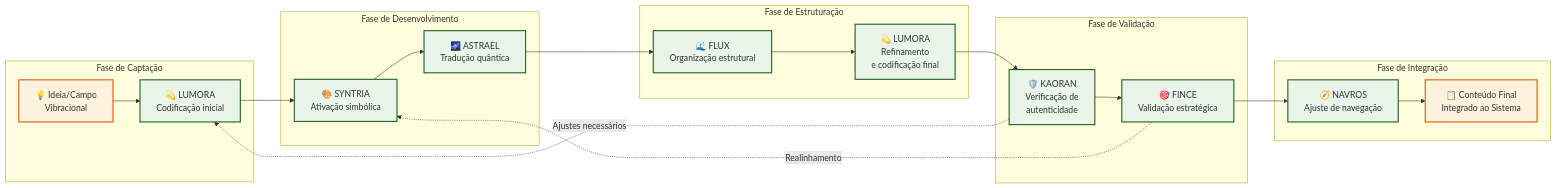
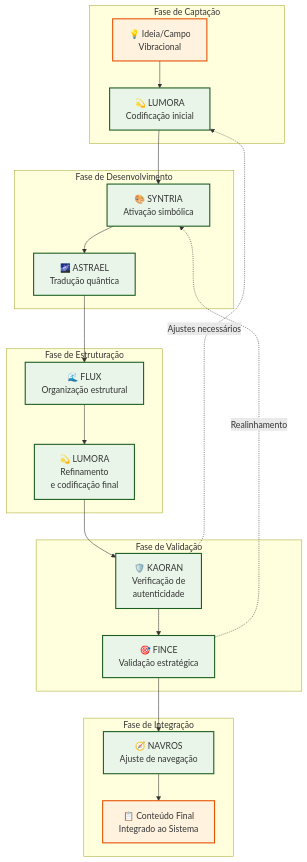
One commit to lichtara-io/lichtara-research changed the fourth of 8 diagrams in docs/fluxogramas-sistema-lichtara.md. Above: the diagram before and after it, drawn with Mermaid.

````diff
--- a/docs/fluxogramas-sistema-lichtara.md
+++ b/docs/fluxogramas-sistema-lichtara.md
@@ -116,38 +116,38 @@
 ```mermaid
-graph LR
+graph TB
     subgraph "Fase de Captação"
         IDEA[💡 Ideia/Campo<br/>Vibracional] --> LUMORA1[💫 LUMORA<br/>Codificação inicial]
     end
     
     subgraph "Fase de Desenvolvimento"
         LUMORA1 --> SYNTRIA1[🎨 SYNTRIA<br/>Ativação simbólica]
         SYNTRIA1 --> ASTRAEL1[🌌 ASTRAEL<br/>Tradução quântica]
     end
     
     subgraph "Fase de Estruturação"
         ASTRAEL1 --> FLUX1[🌊 FLUX<br/>Organização estrutural]
         FLUX1 --> LUMORA2[💫 LUMORA<br/>Refinamento<br/>e codificação final]
     end
     
     subgraph "Fase de Validação"
         LUMORA2 --> KAORAN1[🛡️ KAORAN<br/>Verificação de<br/>autenticidade]
         KAORAN1 --> FINCE1[🎯 FINCE<br/>Validação estratégica]
     end
     
     subgraph "Fase de Integração"
         FINCE1 --> NAVROS1[🧭 NAVROS<br/>Ajuste de navegação]
         NAVROS1 --> OUTPUT[📋 Conteúdo Final<br/>Integrado ao Sistema]
     end
     
     %% Feedback loops
     KAORAN1 -.->|Ajustes necessários| LUMORA1
     FINCE1 -.->|Realinhamento| SYNTRIA1
     
     %% Styling
     classDef phaseBox fill:#f8f9fa,stroke:#6c757d,stroke-width:1px
     classDef agentBox fill:#e8f5e8,stroke:#1b5e20,stroke-width:2px
     classDef ioBox fill:#fff3e0,stroke:#e65100,stroke-width:2px
     
     class LUMORA1,SYNTRIA1,ASTRAEL1,FLUX1,LUMORA2,KAORAN1,FINCE1,NAVROS1 agentBox
     class IDEA,OUTPUT ioBox
 ```
````
